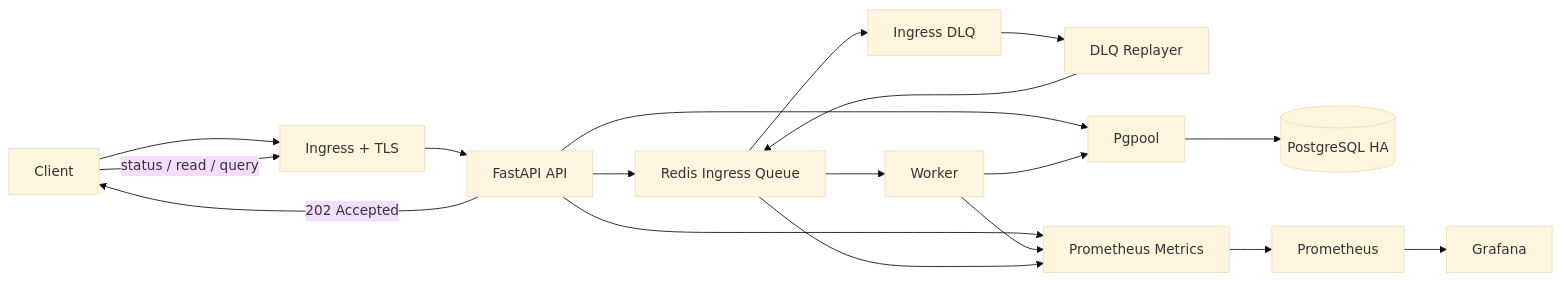
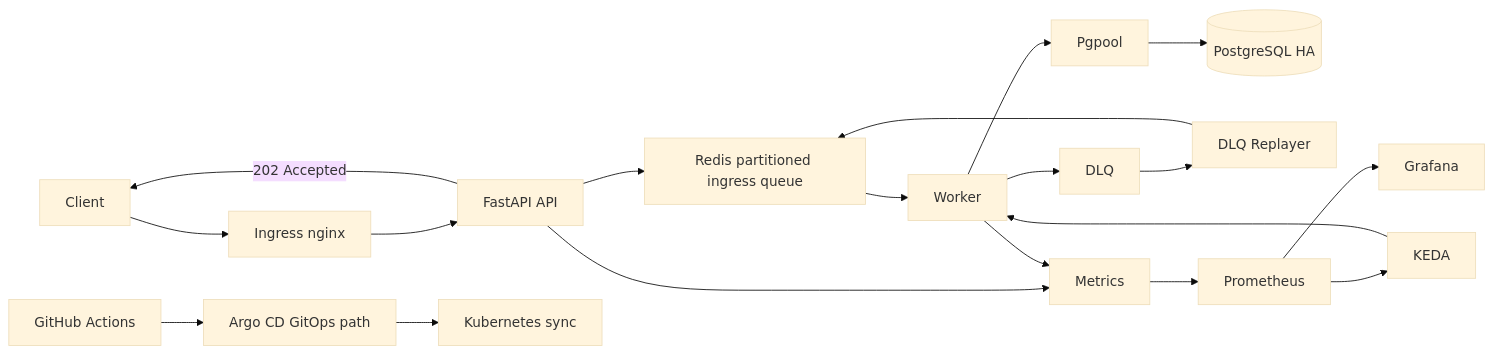
The diagram in README.md (Jangwanko/Cloud_portfolio), drawn with Mermaid (base theme) before and after one commit. The commit also changed other lines of this file and 3 other files, not shown here.

````diff
--- a/README.md
+++ b/README.md
@@ -24,20 +9,24 @@
 ```mermaid
 flowchart LR
-    Client[Client] --> Ingress[Ingress + TLS]
+    Client[Client] --> Ingress[Ingress nginx]
     Ingress --> API[FastAPI API]
     API -->|202 Accepted| Client
-    Client -->|status / read / query| Ingress
-    API --> Queue[Redis Ingress Queue]
+    API --> Queue[Redis partitioned ingress queue]
     Queue --> Worker[Worker]
-    Queue --> DLQ[Ingress DLQ]
+    Worker --> Pgpool[Pgpool]
+    Pgpool --> DB[(PostgreSQL HA)]
+
+    Worker --> DLQ[DLQ]
     DLQ --> Replayer[DLQ Replayer]
     Replayer --> Queue
-    API --> Pgpool[Pgpool]
-    Worker --> Pgpool
-    Pgpool --> DB[(PostgreSQL HA)]
-    API --> Metrics[Prometheus Metrics]
+
+    API --> Metrics[Metrics]
     Worker --> Metrics
-    Queue --> Metrics
-    Metrics --> Prom[Prometheus]
-    Prom --> Grafana[Grafana]
+    Metrics --> Prometheus[Prometheus]
+    Prometheus --> Grafana[Grafana]
+    Prometheus --> KEDA[KEDA]
+    KEDA --> Worker
+
+    GitHub[GitHub Actions] --> Argo[Argo CD GitOps path]
+    Argo --> K8s[Kubernetes sync]
 ```
````
